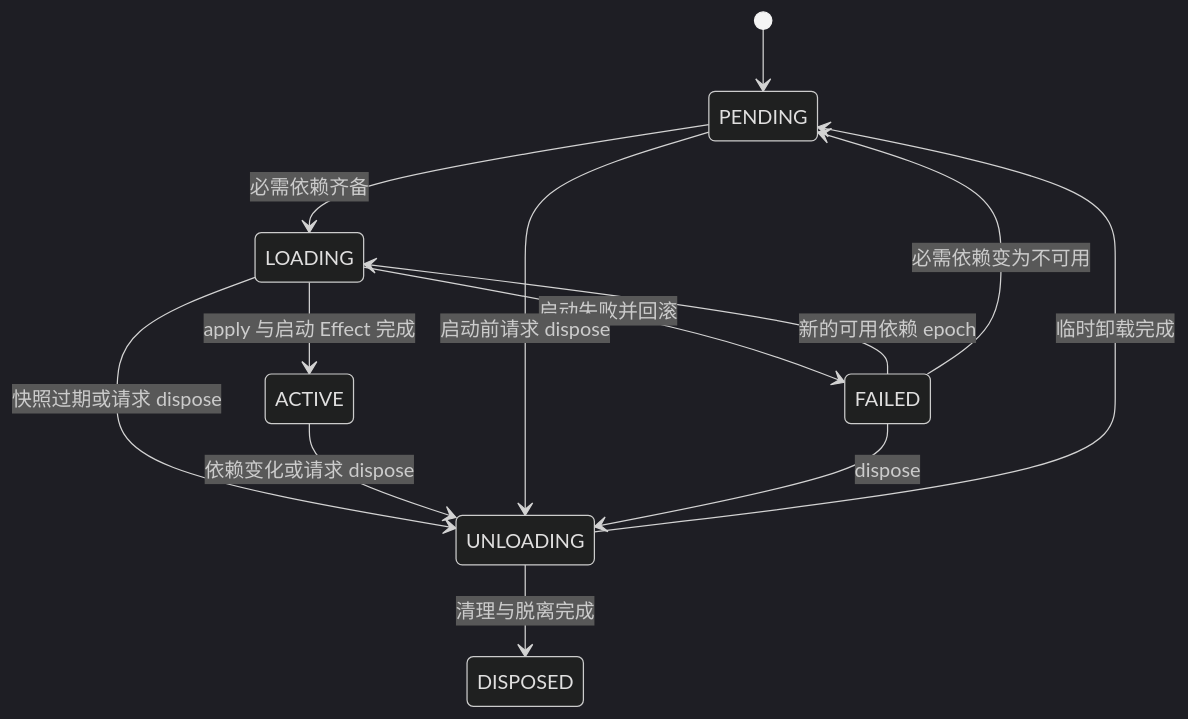
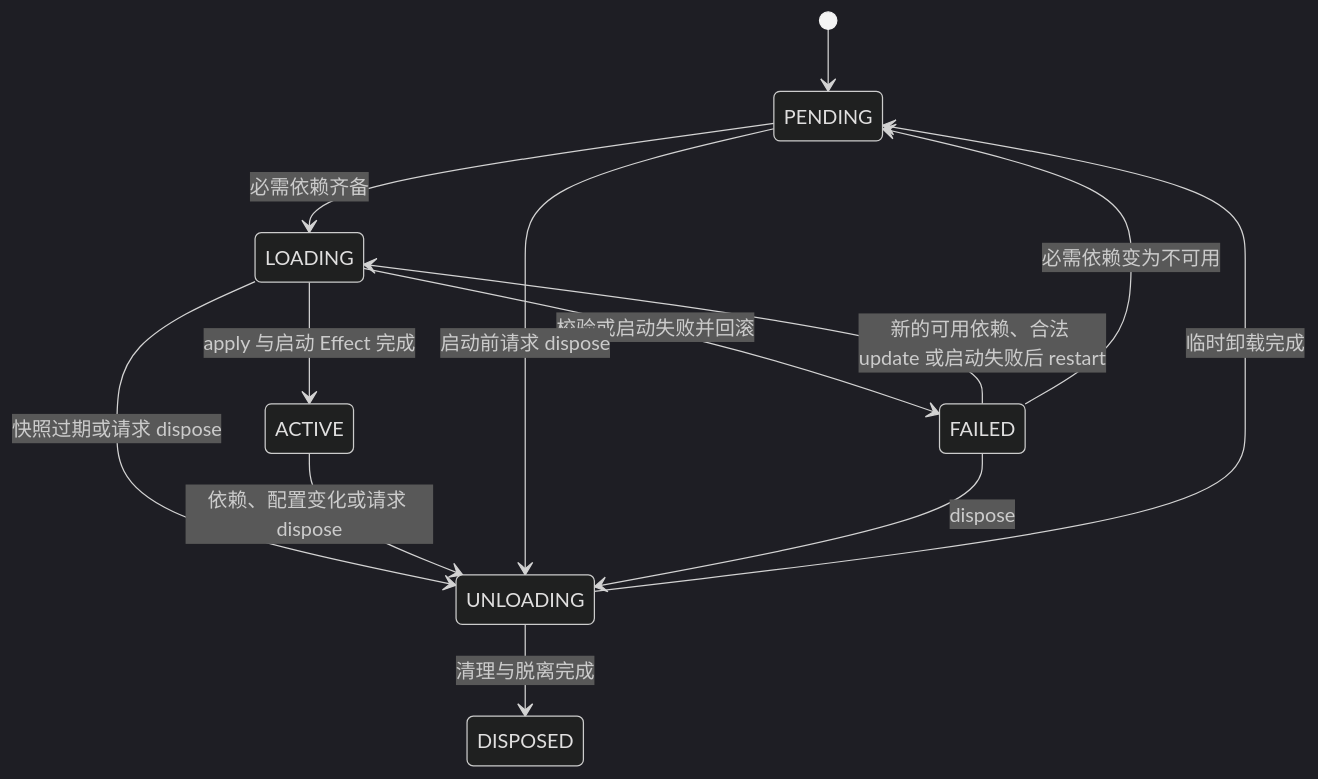
One commit to fanfan-de/NyaCore changed the diagram in docs/concepts.md. Above: the diagram before and after it, drawn with Mermaid (dark theme). The commit also changed other lines of this file and 12 other files, not shown here.

````diff
--- a/docs/concepts.md
+++ b/docs/concepts.md
@@ -290,15 +301,15 @@
 ```mermaid
 stateDiagram-v2
     [*] --> PENDING
     PENDING --> LOADING: 必需依赖齐备
     LOADING --> ACTIVE: apply 与启动 Effect 完成
-    LOADING --> FAILED: 启动失败并回滚
+    LOADING --> FAILED: 校验或启动失败并回滚
     LOADING --> UNLOADING: 快照过期或请求 dispose
-    ACTIVE --> UNLOADING: 依赖变化或请求 dispose
+    ACTIVE --> UNLOADING: 依赖、配置变化或请求 dispose
     UNLOADING --> PENDING: 临时卸载完成
     PENDING --> UNLOADING: 启动前请求 dispose
-    FAILED --> LOADING: 新的可用依赖 epoch
+    FAILED --> LOADING: 新的可用依赖、合法 update 或启动失败后 restart
     FAILED --> PENDING: 必需依赖变为不可用
     FAILED --> UNLOADING: dispose
     UNLOADING --> DISPOSED: 清理与脱离完成
 ```
````
